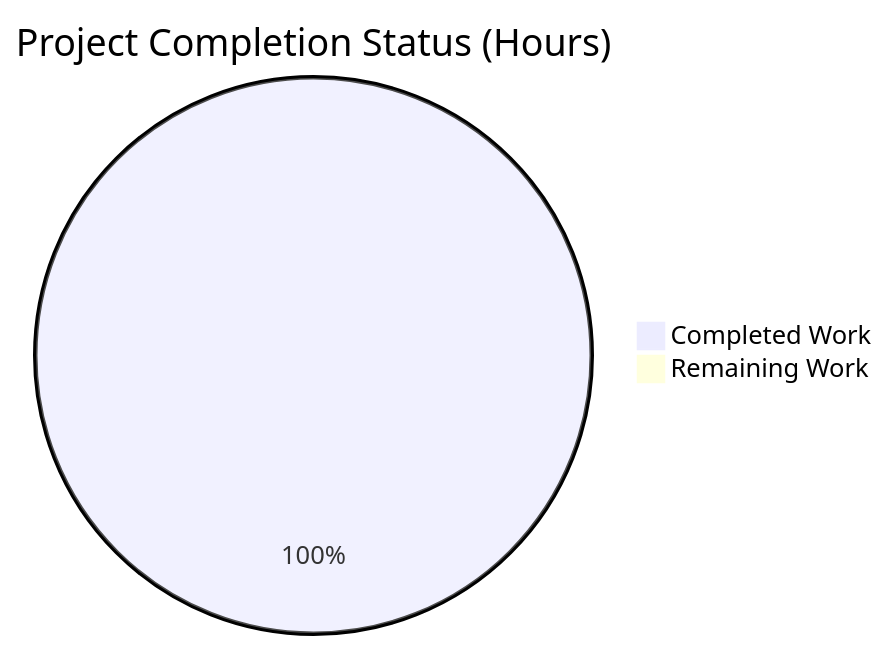
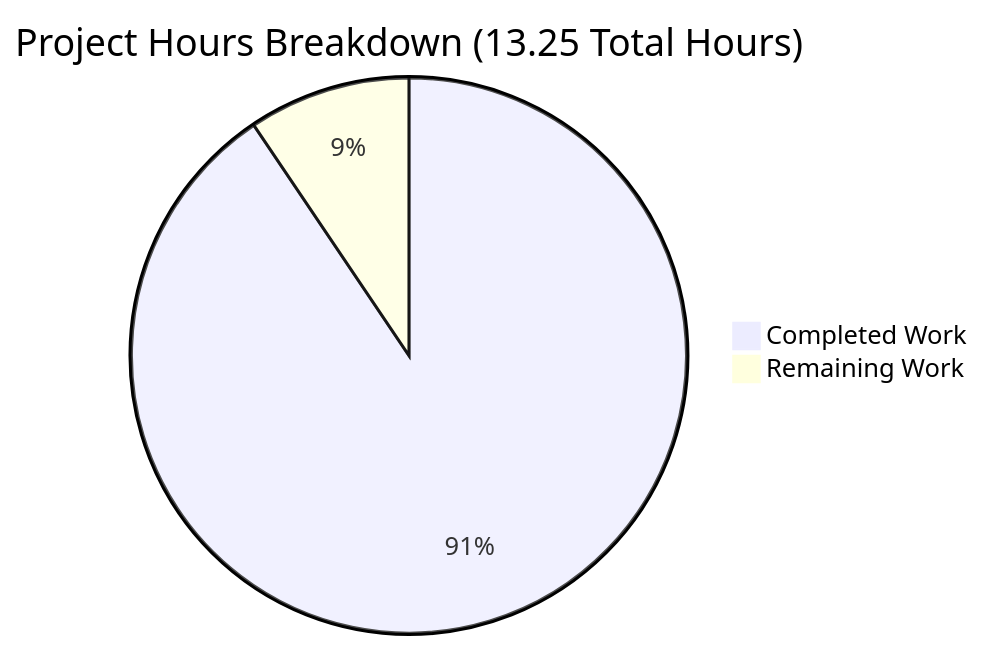
The diagram in blitzy/documentation/Project Guide.md (blitzytest02/Nov18_12), drawn with Mermaid before and after one commit. The commit also changed other lines of this file, not shown here.

Commit message:
Adding Blitzy Project Guide: Project Status and Human Tasks Remaining

````diff
--- a/blitzy/documentation/Project Guide.md
+++ b/blitzy/documentation/Project Guide.md
@@ -70,5 +61,5 @@
 ```mermaid
-pie title Project Completion Status (Hours)
-    "Completed Work" : 15
-    "Remaining Work" : 0
+pie title Project Hours Breakdown (13.25 Total Hours)
+    "Completed Work" : 12
+    "Remaining Work" : 1.25
 ```
````
